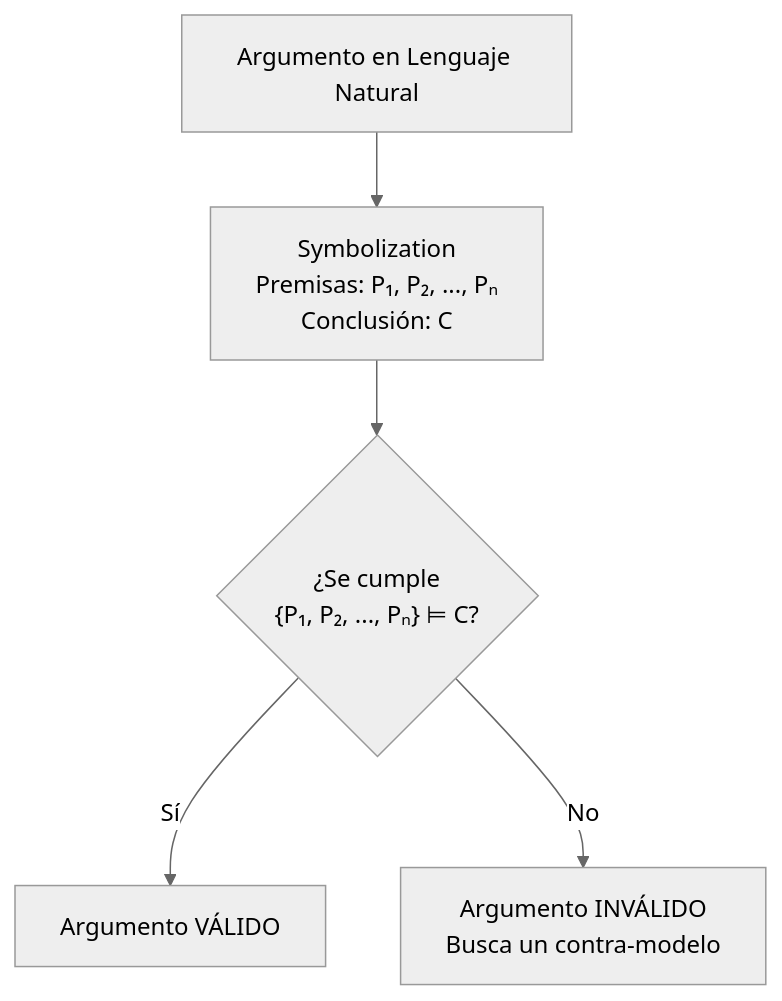
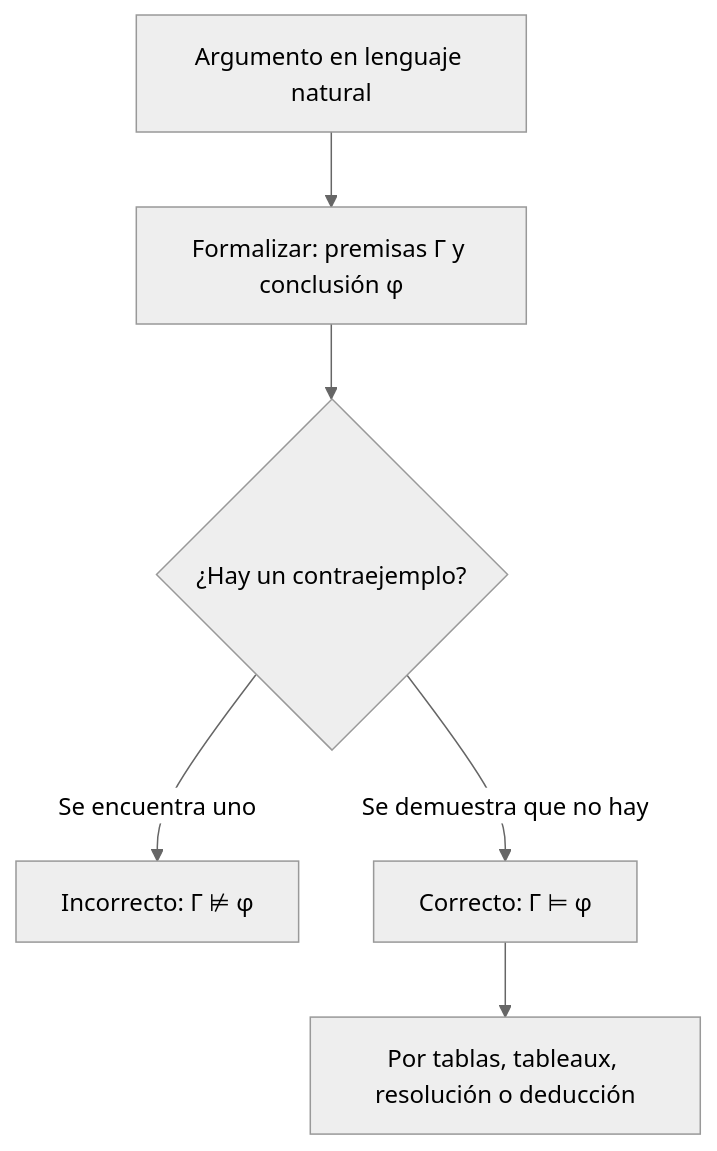
Before and after one commit to djaimej/computer-science-template: the diagram in public/documents/semester-4/2/4241.md, drawn with Mermaid (neutral theme). The commit also changed other lines of this file and 2 other files, not shown here.

````diff
--- a/public/documents/semester-4/2/4241.md
+++ b/public/documents/semester-4/2/4241.md
@@ -83,7 +73,8 @@
 ```mermaid
 flowchart TD
-    A[Argumento en Lenguaje Natural] --> B[Symbolization<br>Premisas: P₁, P₂, ..., Pₙ<br>Conclusión: C]
-    B --> C{"¿Se cumple<br>{P₁, P₂, ..., Pₙ} ⊨ C?"}
-    C -- Sí --> D[Argumento VÁLIDO]
-    C -- No --> E[Argumento INVÁLIDO<br>Busca un contra-modelo]
+    A["Argumento en lenguaje natural"] --> B["Formalizar: premisas Γ y conclusión φ"]
+    B --> C{"¿Hay un contraejemplo?"}
+    C -->|"Se encuentra uno"| D["Incorrecto: Γ ⊭ φ"]
+    C -->|"Se demuestra que no hay"| E["Correcto: Γ ⊨ φ"]
+    E --> F["Por tablas, tableaux, resolución o deducción"]
 ```
````
